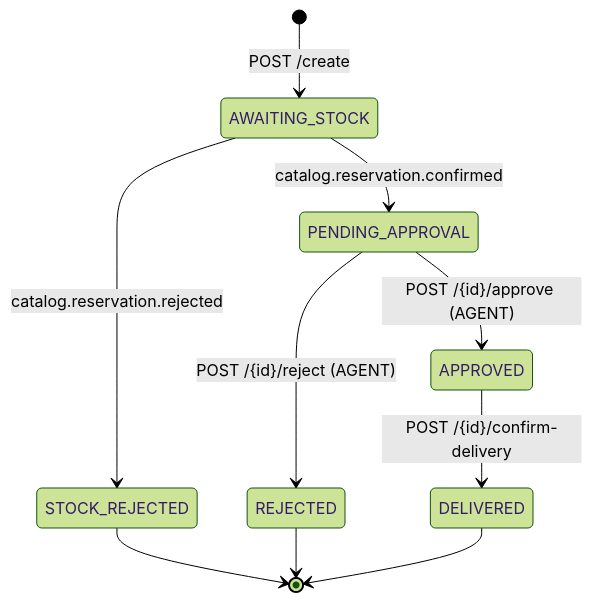
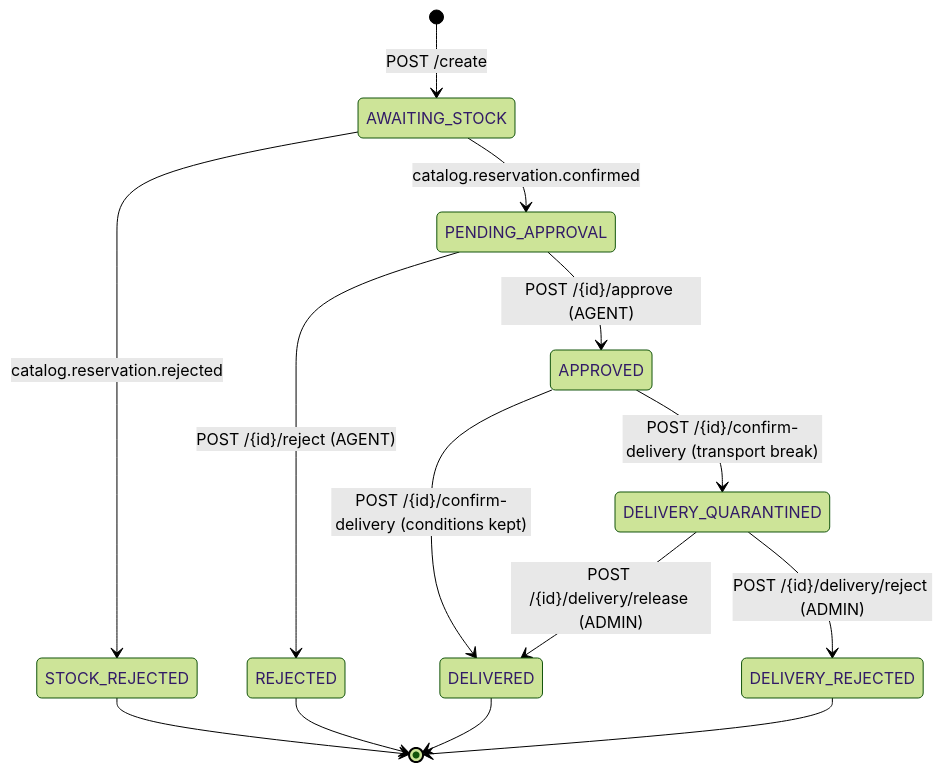
The first of 2 diagrams in docs/diagrams/order-saga.md (diegoarielsanchez/vscode-remote-java-ddd-clean-architecture), drawn with Mermaid (forest theme) before and after one commit. The commit also changed other lines of this file and 98 other files, not shown here.

First line of the commit message:
Keep medicines within their storage conditions in stock and in transport

````diff
--- a/docs/diagrams/order-saga.md
+++ b/docs/diagrams/order-saga.md
@@ -13,12 +13,16 @@
 ```mermaid
 stateDiagram-v2
     [*] --> AWAITING_STOCK: POST /create
     AWAITING_STOCK --> PENDING_APPROVAL: catalog.reservation.confirmed
     AWAITING_STOCK --> STOCK_REJECTED: catalog.reservation.rejected
     PENDING_APPROVAL --> APPROVED: POST /{id}/approve (AGENT)
     PENDING_APPROVAL --> REJECTED: POST /{id}/reject (AGENT)
-    APPROVED --> DELIVERED: POST /{id}/confirm-delivery
+    APPROVED --> DELIVERED: POST /{id}/confirm-delivery (conditions kept)
+    APPROVED --> DELIVERY_QUARANTINED: POST /{id}/confirm-delivery (transport break)
+    DELIVERY_QUARANTINED --> DELIVERED: POST /{id}/delivery/release (ADMIN)
+    DELIVERY_QUARANTINED --> DELIVERY_REJECTED: POST /{id}/delivery/reject (ADMIN)
     STOCK_REJECTED --> [*]
     REJECTED --> [*]
     DELIVERED --> [*]
+    DELIVERY_REJECTED --> [*]
 ```
````
